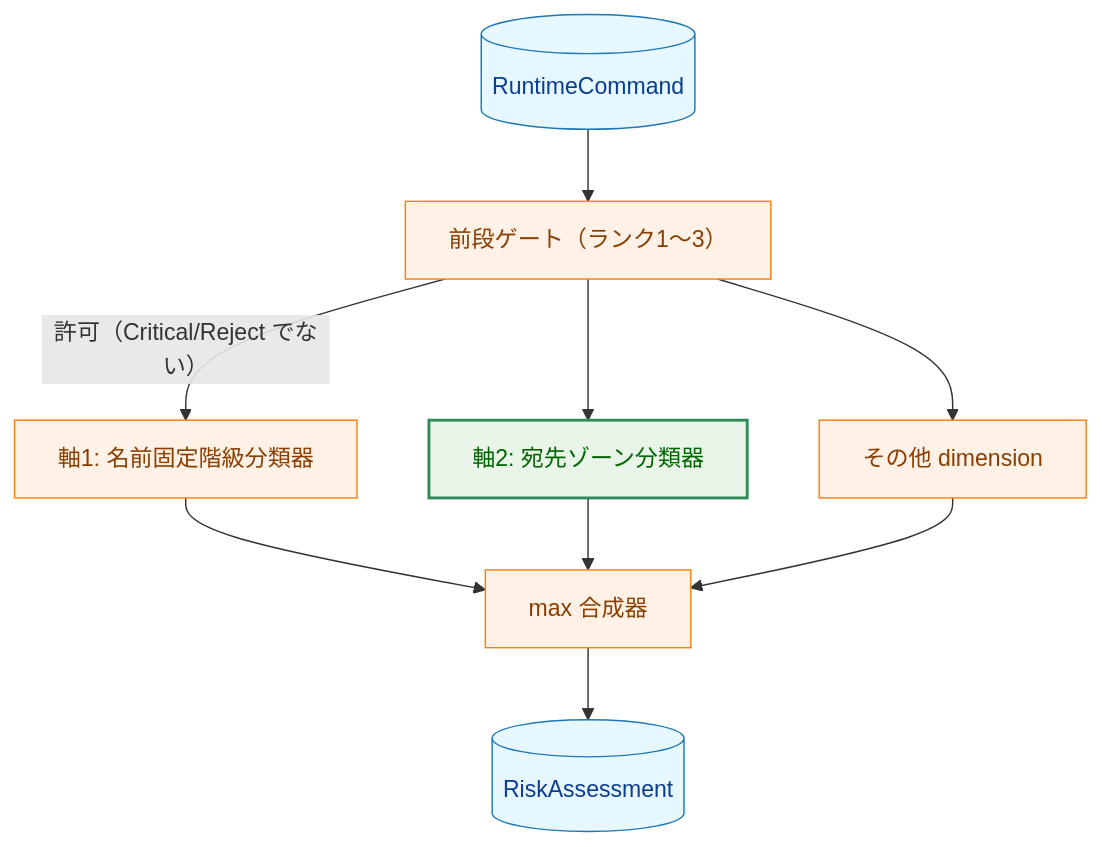
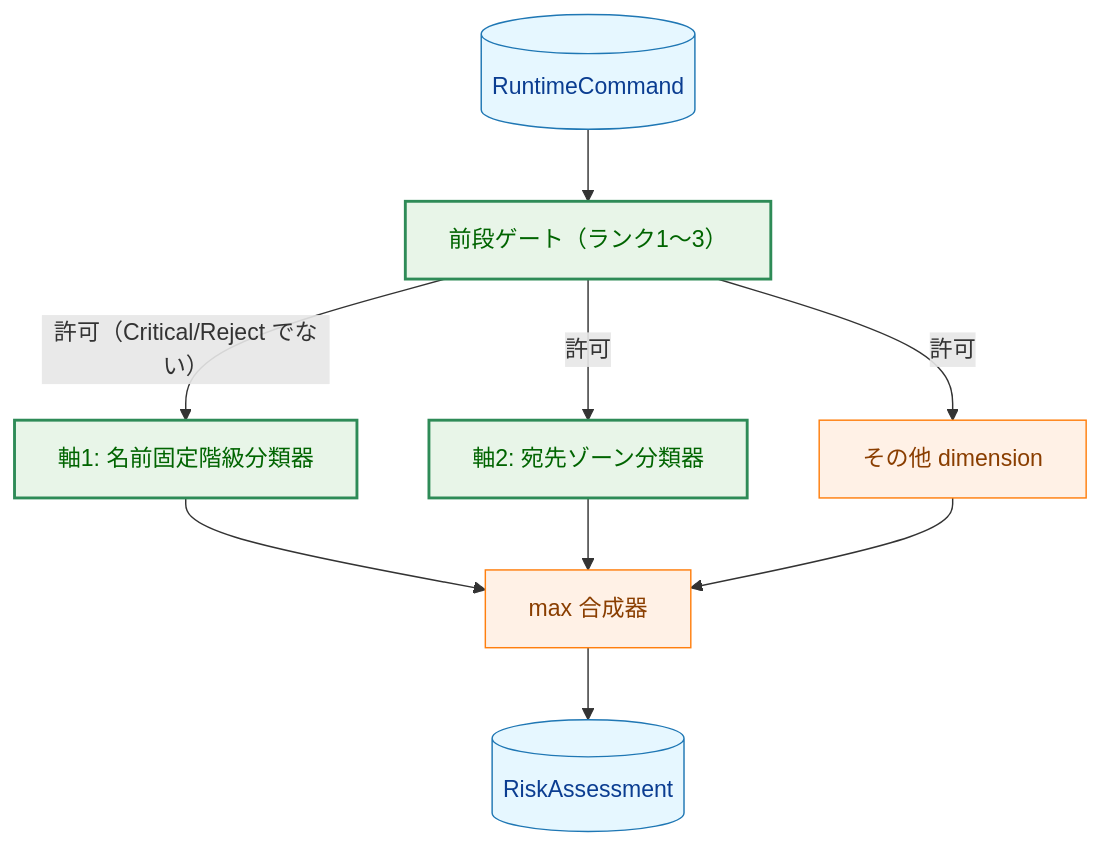
Before and after one commit to isseis/go-safe-cmd-runner: the first of 6 diagrams in docs/tasks/0140_risk_level_classification_review/02_architecture.md, drawn with Mermaid. The commit also changed other lines of this file, not shown here.

````diff
--- a/docs/tasks/0140_risk_level_classification_review/02_architecture.md
+++ b/docs/tasks/0140_risk_level_classification_review/02_architecture.md
@@ -46,27 +46,27 @@
 ```mermaid
 flowchart TD
     classDef data fill:#e6f7ff,stroke:#1f77b4,stroke-width:1px,color:#0b3d91;
     classDef process fill:#fff1e6,stroke:#ff7f0e,stroke-width:1px,color:#8a3e00;
     classDef enhanced fill:#e8f5e8,stroke:#2e8b57,stroke-width:2px,color:#006400;
 
     CMD[("RuntimeCommand")]
     GATE["前段ゲート（ランク1〜3）"]
     A1["軸1: 名前固定階級分類器"]
     A2["軸2: 宛先ゾーン分類器"]
     OTH["その他 dimension"]
     MAX["max 合成器"]
     OUT[("RiskAssessment")]
 
     CMD --> GATE
     GATE -->|"許可（Critical/Reject でない）"| A1
-    GATE --> A2
-    GATE --> OTH
+    GATE -->|"許可"| A2
+    GATE -->|"許可"| OTH
     A1 --> MAX
     A2 --> MAX
     OTH --> MAX
     MAX --> OUT
 
     class CMD,OUT data
-    class GATE,OTH,A1,MAX process
-    class A2 enhanced
+    class OTH,MAX process
+    class GATE,A1,A2 enhanced
 ```
````
